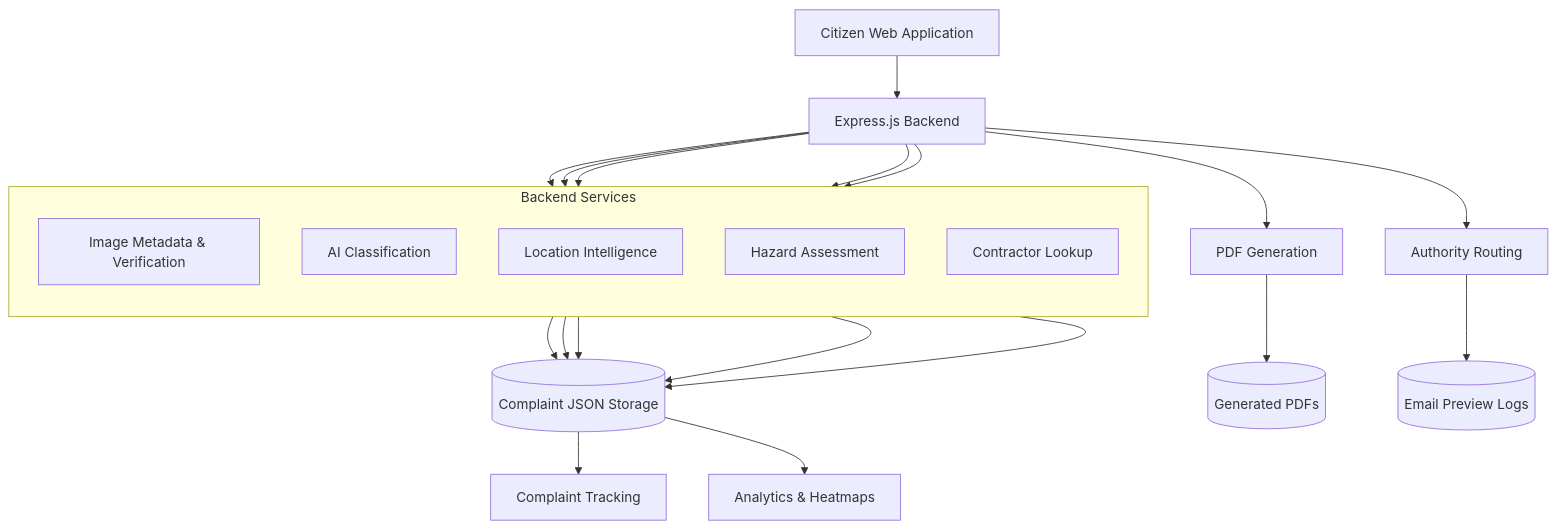
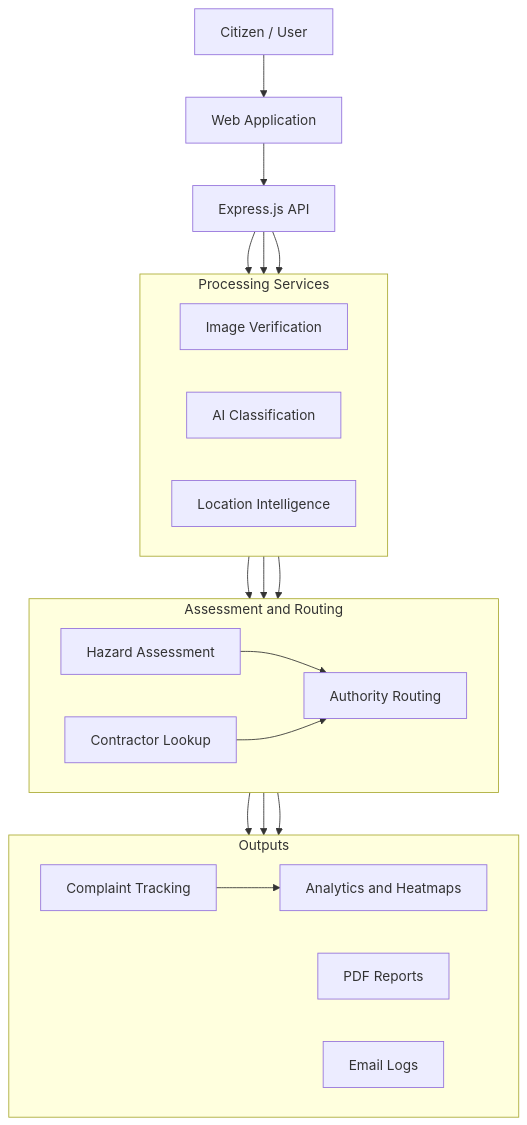
Before and after one commit to hemhalatha/FixMyRoad: the diagram in README.md, drawn with Mermaid.

Commit message:
Update README with new workflow diagram

````diff
--- a/README.md
+++ b/README.md
@@ -103,37 +103,47 @@
 ```mermaid
 flowchart TB
-    A["Citizen Web Application"]
-    B["Express.js Backend"]
+    A["Citizen / User"]
+    B["Web Application"]
+    C["Express.js API"]
 
-    A --> B
+    A --> B --> C
 
-    subgraph Services["Backend Services"]
-        direction TB
-        C["Image Metadata & Verification"]
-        D["AI Classification"]
-        E["Location Intelligence"]
-        F["Hazard Assessment"]
-        G["Contractor Lookup"]
+    subgraph S1["Processing Services"]
+        direction LR
+        D["Image Verification"]
+        E["AI Classification"]
+        F["Location Intelligence"]
     end
 
-    B --> C
-    B --> D
-    B --> E
-    B --> F
-    B --> G
+    subgraph S2["Assessment and Routing"]
+        direction LR
+        G["Hazard Assessment"]
+        H["Contractor Lookup"]
+        I["Authority Routing"]
+    end
 
-    C --> H[("Complaint JSON Storage")]
-    D --> H
-    E --> H
+    subgraph S3["Outputs"]
+        direction LR
+        J["Complaint Tracking"]
+        K["PDF Reports"]
+        L["Email Logs"]
+        M["Analytics and Heatmaps"]
+    end
+
+    C --> D
+    C --> E
+    C --> F
+
+    D --> G
+    E --> G
     F --> H
-    G --> H
 
-    B --> I["PDF Generation"]
-    B --> J["Authority Routing"]
+    G --> I
+    H --> I
 
-    I --> K[("Generated PDFs")]
-    J --> L[("Email Preview Logs")]
+    I --> J
+    I --> K
+    I --> L
 
-    H --> M["Complaint Tracking"]
-    H --> N["Analytics & Heatmaps"]
+    J --> M
 ```
````
